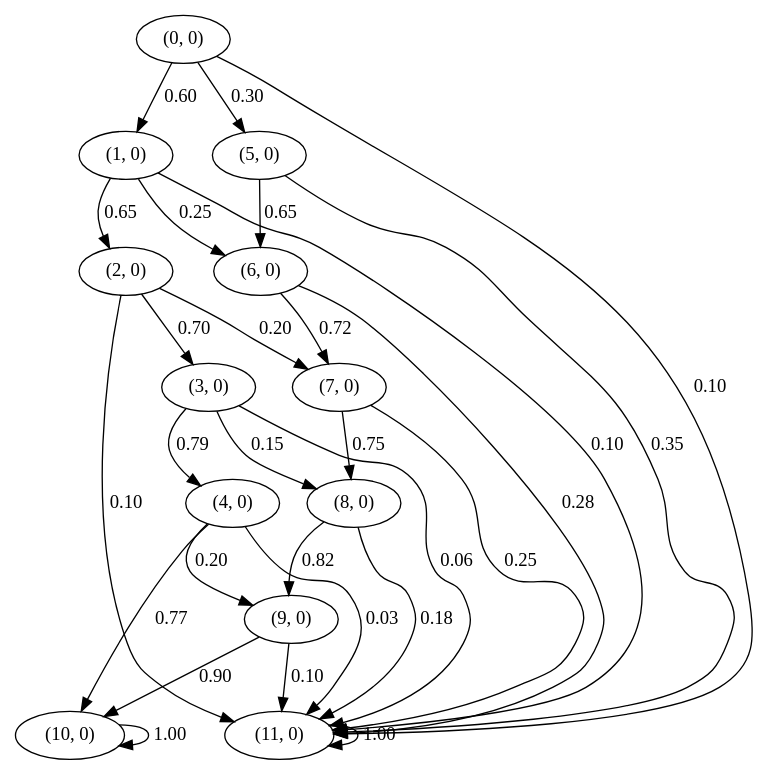
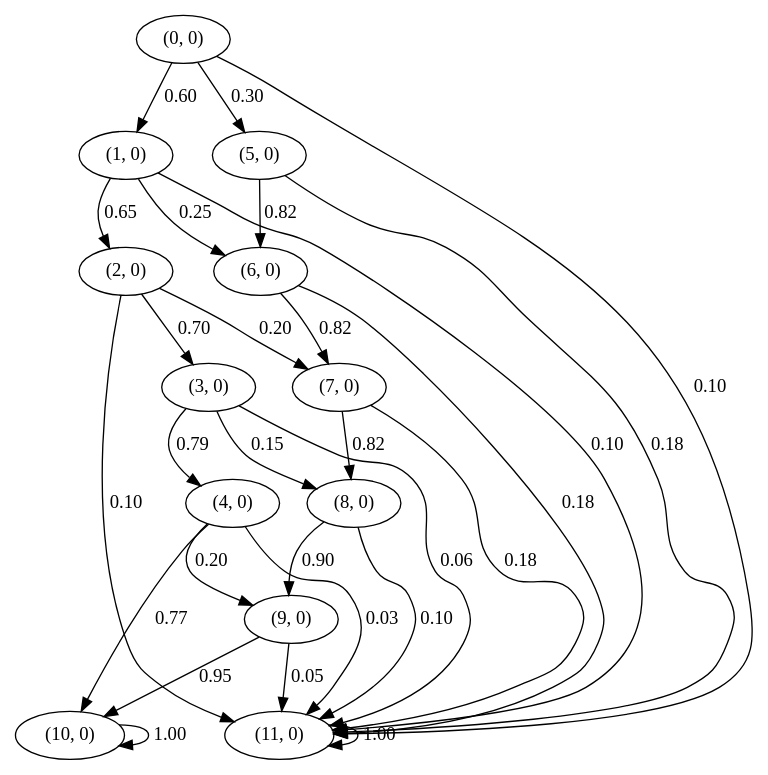
The diagram in mc.dot (JulianaFerreira/educacao), drawn with Graphviz before and after one commit. The commit also changed 1 other file, not shown here.

```diff
--- a/mc.dot
+++ b/mc.dot
@@ -1,41 +1,41 @@
 digraph  {
 "(0, 0)";
 "(1, 0)";
 "(5, 0)";
 "(11, 0)";
 "(2, 0)";
 "(6, 0)";
 "(3, 0)";
 "(7, 0)";
 "(4, 0)";
 "(8, 0)";
 "(9, 0)";
 "(10, 0)";
 "(0, 0)" -> "(1, 0)"  [key=0, label="0.60", weight="0.6"];
 "(0, 0)" -> "(5, 0)"  [key=0, label="0.30", weight="0.3"];
 "(0, 0)" -> "(11, 0)"  [key=0, label="0.10", weight="0.1"];
 "(1, 0)" -> "(2, 0)"  [key=0, label="0.65", weight="0.65"];
 "(1, 0)" -> "(6, 0)"  [key=0, label="0.25", weight="0.25"];
 "(1, 0)" -> "(11, 0)"  [key=0, label="0.10", weight="0.1"];
-"(5, 0)" -> "(6, 0)"  [key=0, label="0.65", weight="0.65"];
-"(5, 0)" -> "(11, 0)"  [key=0, label="0.35", weight="0.35"];
+"(5, 0)" -> "(6, 0)"  [key=0, label="0.82", weight="0.825"];
+"(5, 0)" -> "(11, 0)"  [key=0, label="0.18", weight="0.17500000000000002"];
 "(11, 0)" -> "(11, 0)"  [key=0, label="1.00", weight="1.0"];
 "(2, 0)" -> "(3, 0)"  [key=0, label="0.70", weight="0.7000000000000001"];
 "(2, 0)" -> "(7, 0)"  [key=0, label="0.20", weight="0.2"];
 "(2, 0)" -> "(11, 0)"  [key=0, label="0.10", weight="0.1"];
-"(6, 0)" -> "(7, 0)"  [key=0, label="0.72", weight="0.72"];
-"(6, 0)" -> "(11, 0)"  [key=0, label="0.28", weight="0.28"];
+"(6, 0)" -> "(7, 0)"  [key=0, label="0.82", weight="0.825"];
+"(6, 0)" -> "(11, 0)"  [key=0, label="0.18", weight="0.17500000000000002"];
 "(3, 0)" -> "(4, 0)"  [key=0, label="0.79", weight="0.79"];
 "(3, 0)" -> "(8, 0)"  [key=0, label="0.15", weight="0.15"];
 "(3, 0)" -> "(11, 0)"  [key=0, label="0.06", weight="0.06"];
-"(7, 0)" -> "(8, 0)"  [key=0, label="0.75", weight="0.75"];
-"(7, 0)" -> "(11, 0)"  [key=0, label="0.25", weight="0.25"];
+"(7, 0)" -> "(8, 0)"  [key=0, label="0.82", weight="0.825"];
+"(7, 0)" -> "(11, 0)"  [key=0, label="0.18", weight="0.17500000000000002"];
 "(4, 0)" -> "(9, 0)"  [key=0, label="0.20", weight="0.2"];
 "(4, 0)" -> "(10, 0)"  [key=0, label="0.77", weight="0.77"];
 "(4, 0)" -> "(11, 0)"  [key=0, label="0.03", weight="0.03"];
-"(8, 0)" -> "(9, 0)"  [key=0, label="0.82", weight="0.8200000000000001"];
-"(8, 0)" -> "(11, 0)"  [key=0, label="0.18", weight="0.18"];
-"(9, 0)" -> "(10, 0)"  [key=0, label="0.90", weight="0.9"];
-"(9, 0)" -> "(11, 0)"  [key=0, label="0.10", weight="0.1"];
+"(8, 0)" -> "(9, 0)"  [key=0, label="0.90", weight="0.895"];
+"(8, 0)" -> "(11, 0)"  [key=0, label="0.10", weight="0.105"];
+"(9, 0)" -> "(10, 0)"  [key=0, label="0.95", weight="0.9475"];
+"(9, 0)" -> "(11, 0)"  [key=0, label="0.05", weight="0.0525"];
 "(10, 0)" -> "(10, 0)"  [key=0, label="1.00", weight="1.0"];
 }
```
